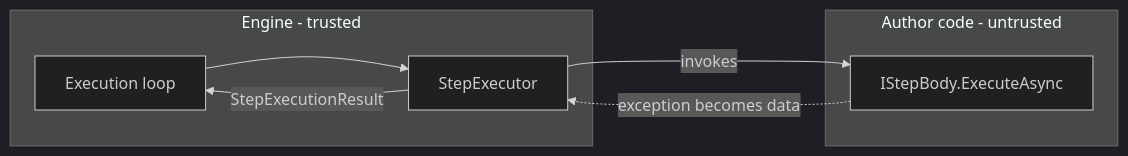
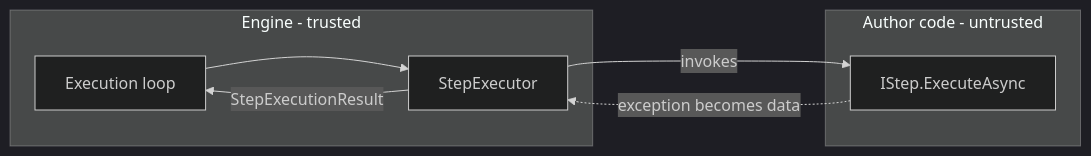
The third of 3 diagrams in docs/architecture.md (inferenceailab/FlowDeck), drawn with Mermaid (dark theme) before and after one commit. The commit also changed other lines of this file and 24 other files, not shown here.

````diff
--- a/docs/architecture.md
+++ b/docs/architecture.md
@@ -118,15 +118,15 @@
 ```mermaid
 graph LR
     subgraph engine["Engine - trusted"]
         LOOP["Execution loop"]
         EXEC["StepExecutor"]
     end
     subgraph untrusted["Author code - untrusted"]
-        BODY["IStepBody.ExecuteAsync"]
+        BODY["IStep.ExecuteAsync"]
     end
 
     LOOP --> EXEC
     EXEC -->|invokes| BODY
     BODY -.->|exception becomes data| EXEC
     EXEC -->|StepExecutionResult| LOOP
 ```
````
